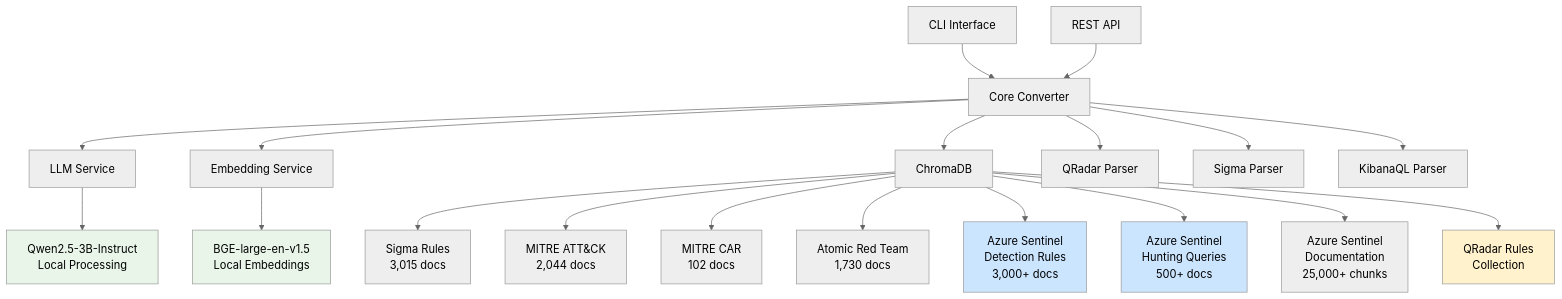
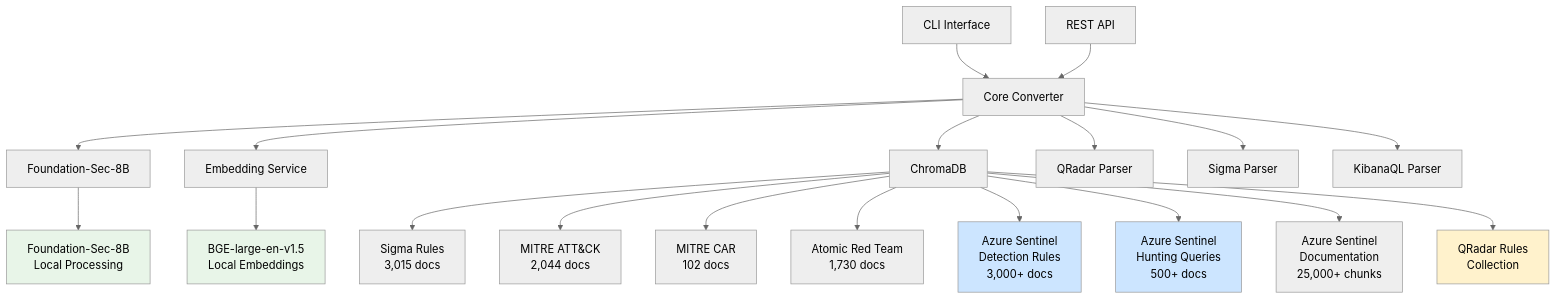
The diagram in README.md (dierhq/canonical), drawn with Mermaid (neutral theme) before and after one commit. The commit also changed other lines of this file and 23 other files, not shown here.

First line of the commit message:
feat: Complete Qwen removal - Pure Foundation-Sec-8B implementation

````diff
--- a/README.md
+++ b/README.md
@@ -386,29 +208,29 @@
 ```mermaid
 graph TB
     A[CLI Interface] --> B[Core Converter]
     C[REST API] --> B
-    B --> D[LLM Service]
+    B --> D[Foundation-Sec-8B]
     B --> E[Embedding Service]
     B --> F[ChromaDB]
     B --> N[QRadar Parser]
     B --> O[Sigma Parser]
     B --> KP[KibanaQL Parser]
     
     F --> G[Sigma Rules<br/>3,015 docs]
     F --> H[MITRE ATT&CK<br/>2,044 docs]
     F --> I[MITRE CAR<br/>102 docs]
     F --> J[Atomic Red Team<br/>1,730 docs]
     F --> P[Azure Sentinel<br/>Detection Rules<br/>3,000+ docs]
     F --> Q[Azure Sentinel<br/>Hunting Queries<br/>500+ docs]
     F --> S[Azure Sentinel<br/>Documentation<br/>25,000+ chunks]
     F --> R[QRadar Rules<br/>Collection]
     
-    D --> K[Qwen2.5-3B-Instruct<br/>Local Processing]
+    D --> K[Foundation-Sec-8B<br/>Local Processing]
     E --> L[BGE-large-en-v1.5<br/>Local Embeddings]
     
     style K fill:#e8f5e8
     style L fill:#e8f5e8
     style P fill:#cce5ff
     style Q fill:#cce5ff
     style R fill:#fff2cc
 ```
````
